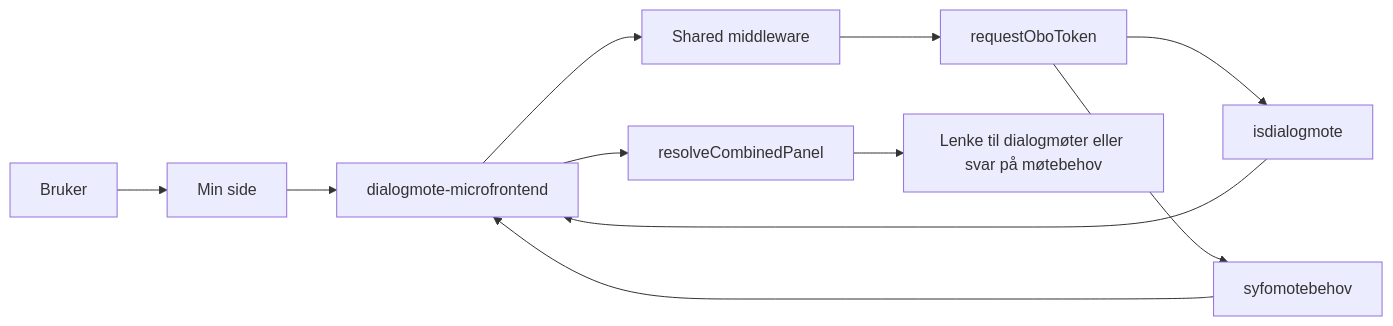
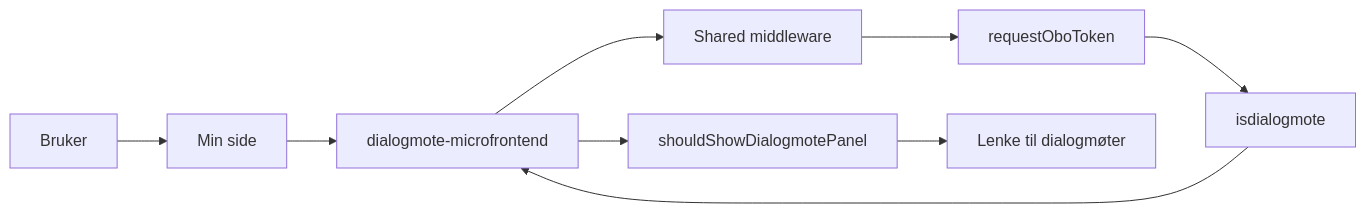
Before and after one commit to navikt/esyfo-microfrontends: the first of 2 diagrams in docs/dialogmotearkitektur.md, drawn with Mermaid. The commit also changed other lines of this file and 17 other files, not shown here.

First line of the commit message:
refactor(dialogmote): fjern møtebehov-grenen fra dialogmøte-appen

````diff
--- a/docs/dialogmotearkitektur.md
+++ b/docs/dialogmotearkitektur.md
@@ -9,13 +7,11 @@
 ```mermaid
 flowchart LR
   U[Bruker] --> M[Min side]
   M --> D[dialogmote-microfrontend]
   D --> MW[Shared middleware]
   MW --> OBO[requestOboToken]
   OBO --> IDM[isdialogmote]
-  OBO --> SMB[syfomotebehov]
   IDM --> D
-  SMB --> D
-  D --> P[resolveCombinedPanel]
-  P --> L[Lenke til dialogmøter eller svar på møtebehov]
+  D --> P[shouldShowDialogmotePanel]
+  P --> L[Lenke til dialogmøter]
 ```
````
